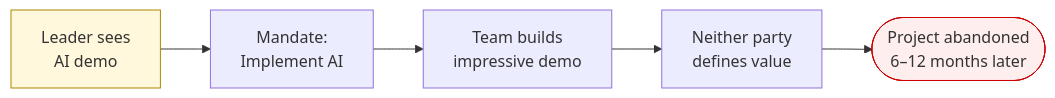
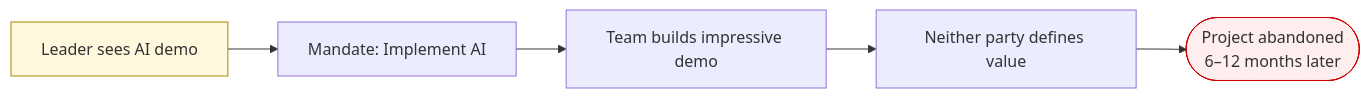
The second of 2 diagrams in content/concepts/ai-project-strategy.md (sanjaygupta-professional/dba-kb), drawn with Mermaid before and after one commit. The commit also changed other lines of this file and 2 other files, not shown here.

````diff
--- a/content/concepts/ai-project-strategy.md
+++ b/content/concepts/ai-project-strategy.md
@@ -107,9 +107,9 @@
 ```mermaid
 flowchart LR
-    A["Leader sees\nAI demo"] --> B["Mandate:\nImplement AI"]
-    B --> C["Team builds\nimpressive demo"]
-    C --> D["Neither party\ndefines value"]
-    D --> E(["Project abandoned\n6–12 months later"])
+    A["Leader sees AI demo"] --> B["Mandate: Implement AI"]
+    B --> C["Team builds impressive demo"]
+    C --> D["Neither party defines value"]
+    D --> E(["Project abandoned<br/>6–12 months later"])
     style E fill:#fee,stroke:#c00
     style A fill:#fff8dc,stroke:#aa8800
 ```
````
